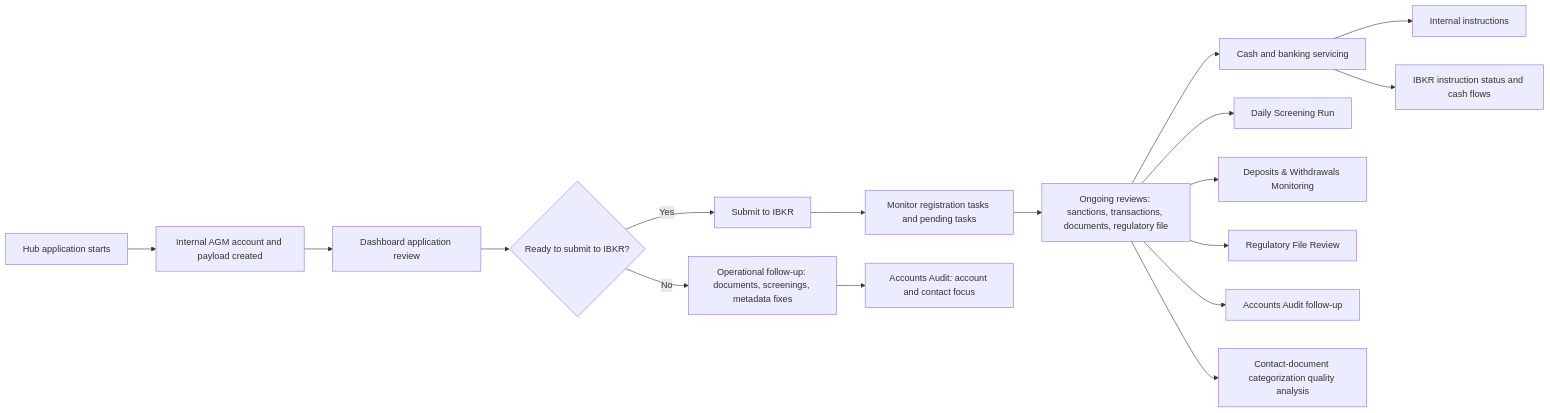
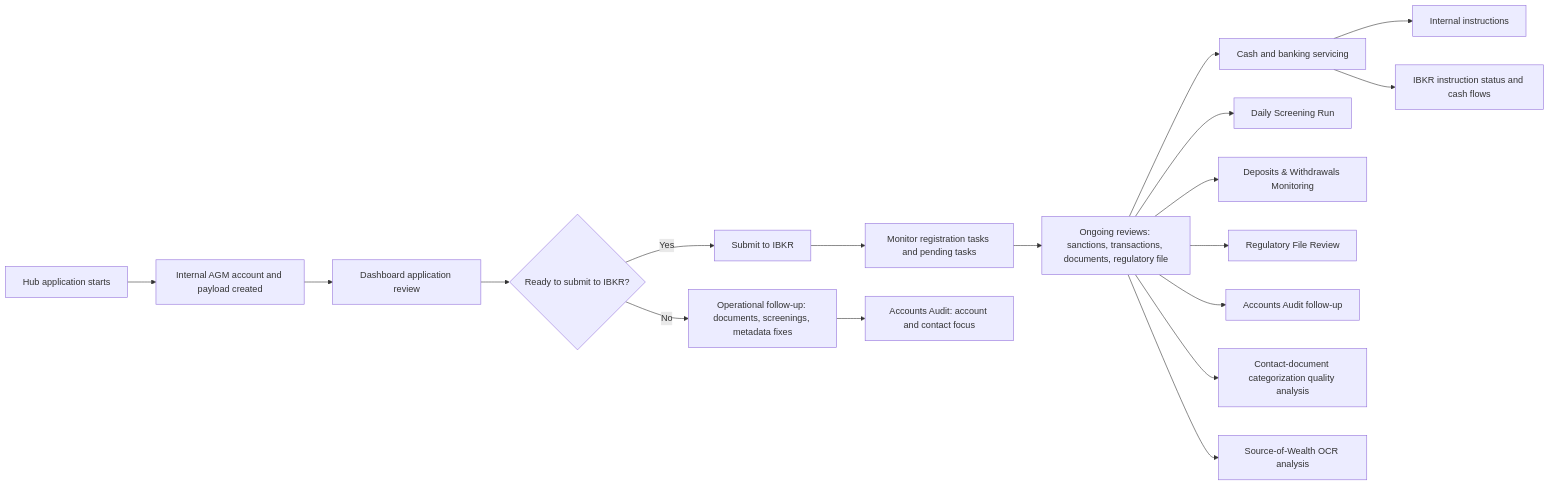
One commit to agmtrader/compliance changed the diagram in processes/README.md. Above: the diagram before and after it, drawn with Mermaid. The commit also changed 2 other files, not shown here.

Commit message:
Add Source of Wealth OCR analysis process documentation and register entry

````diff
--- a/processes/README.md
+++ b/processes/README.md
@@ -21,20 +21,21 @@
 ```mermaid
 flowchart LR
     A["Hub application starts"] --> B["Internal AGM account and payload created"]
     B --> C["Dashboard application review"]
     C --> D{"Ready to submit to IBKR?"}
     D -- "No" --> E["Operational follow-up: documents, screenings, metadata fixes"]
     D -- "Yes" --> F["Submit to IBKR"]
     F --> G["Monitor registration tasks and pending tasks"]
     G --> H["Ongoing reviews: sanctions, transactions, documents, regulatory file"]
     H --> I["Cash and banking servicing"]
 
     E --> E1["Accounts Audit: account and contact focus"]
     H --> H1["Daily Screening Run"]
     H --> H2["Deposits & Withdrawals Monitoring"]
     H --> H3["Regulatory File Review"]
     H --> H4["Accounts Audit follow-up"]
     H --> H5["Contact-document categorization quality analysis"]
+    H --> H6["Source-of-Wealth OCR analysis"]
     I --> I1["Internal instructions"]
     I --> I2["IBKR instruction status and cash flows"]
 ```
````
